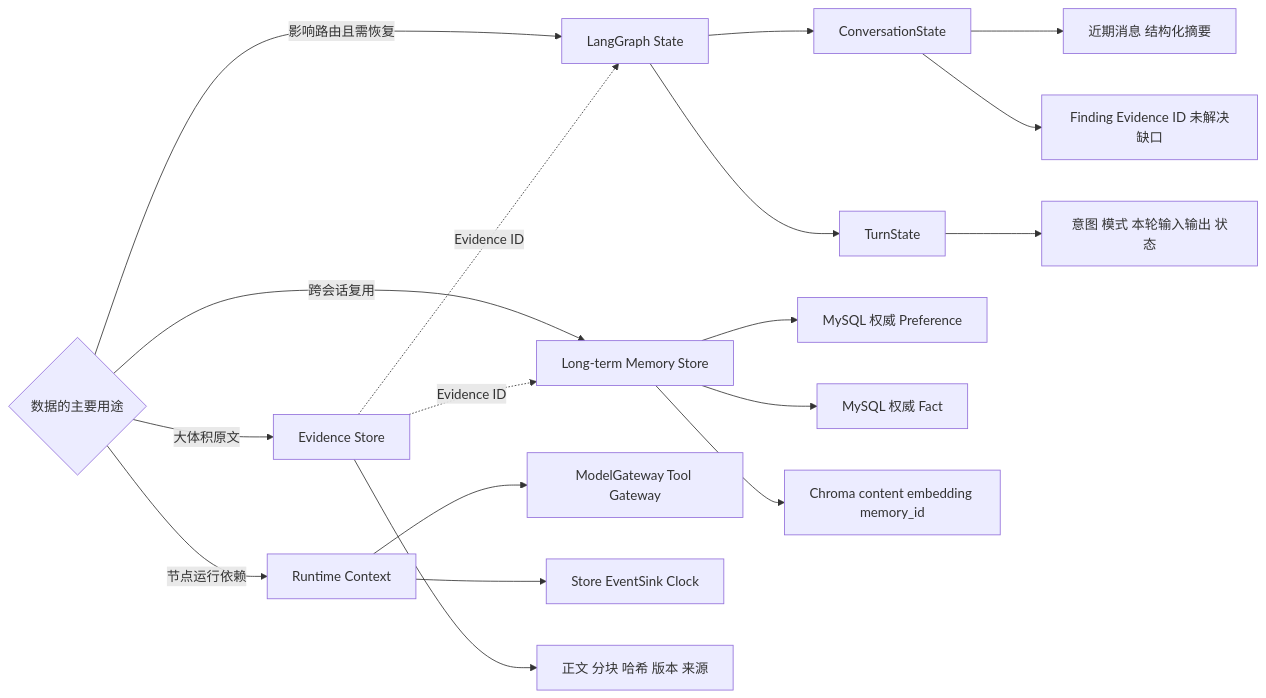
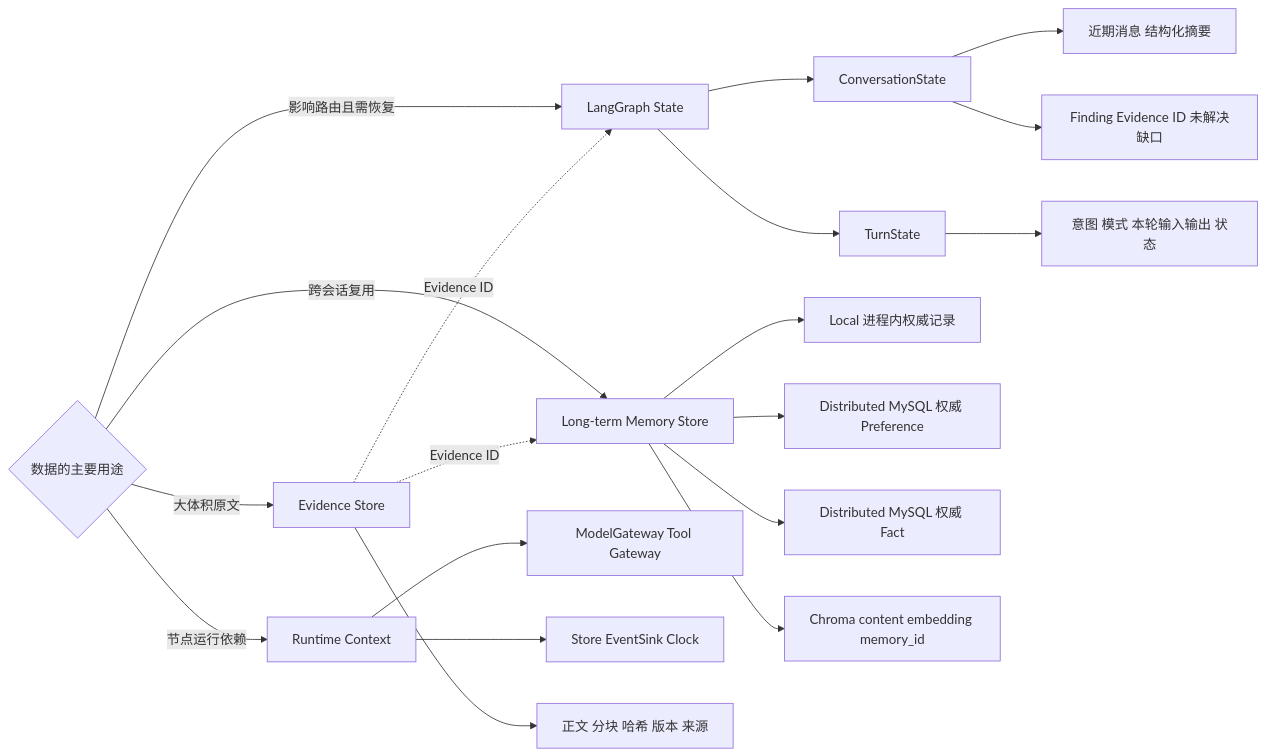
The third of 6 diagrams in docs/resume/多模式深度研究Agent面试与学习资料/02-Harness总体架构.md (1785454358/agent), drawn with Mermaid before and after one commit. The commit also changed other lines of this file and 5 other files, not shown here.

````diff
--- a/docs/resume/多模式深度研究Agent面试与学习资料/02-Harness总体架构.md
+++ b/docs/resume/多模式深度研究Agent面试与学习资料/02-Harness总体架构.md
@@ -99,21 +99,22 @@
 ```mermaid
 flowchart LR
     D{数据的主要用途} -->|影响路由且需恢复| ST[LangGraph State]
     D -->|节点运行依赖| RC[Runtime Context]
     D -->|跨会话复用| LM[Long-term Memory Store]
     D -->|大体积原文| ES[Evidence Store]
 
     ST --> ST1[ConversationState]
     ST --> ST2[TurnState]
     ST1 --> A1[近期消息 结构化摘要]
     ST1 --> A2[Finding Evidence ID 未解决缺口]
     ST2 --> A3[意图 模式 本轮输入输出 状态]
     RC --> B1[ModelGateway Tool Gateway]
     RC --> B2[Store EventSink Clock]
-    LM --> C1[MySQL 权威 Preference]
-    LM --> C2[MySQL 权威 Fact]
+    LM --> C0[Local 进程内权威记录]
+    LM --> C1[Distributed MySQL 权威 Preference]
+    LM --> C2[Distributed MySQL 权威 Fact]
     LM --> C3[Chroma content embedding memory_id]
     ES --> E1[正文 分块 哈希 版本 来源]
     ES -.Evidence ID.-> ST
     ES -.Evidence ID.-> LM
 ```
````
